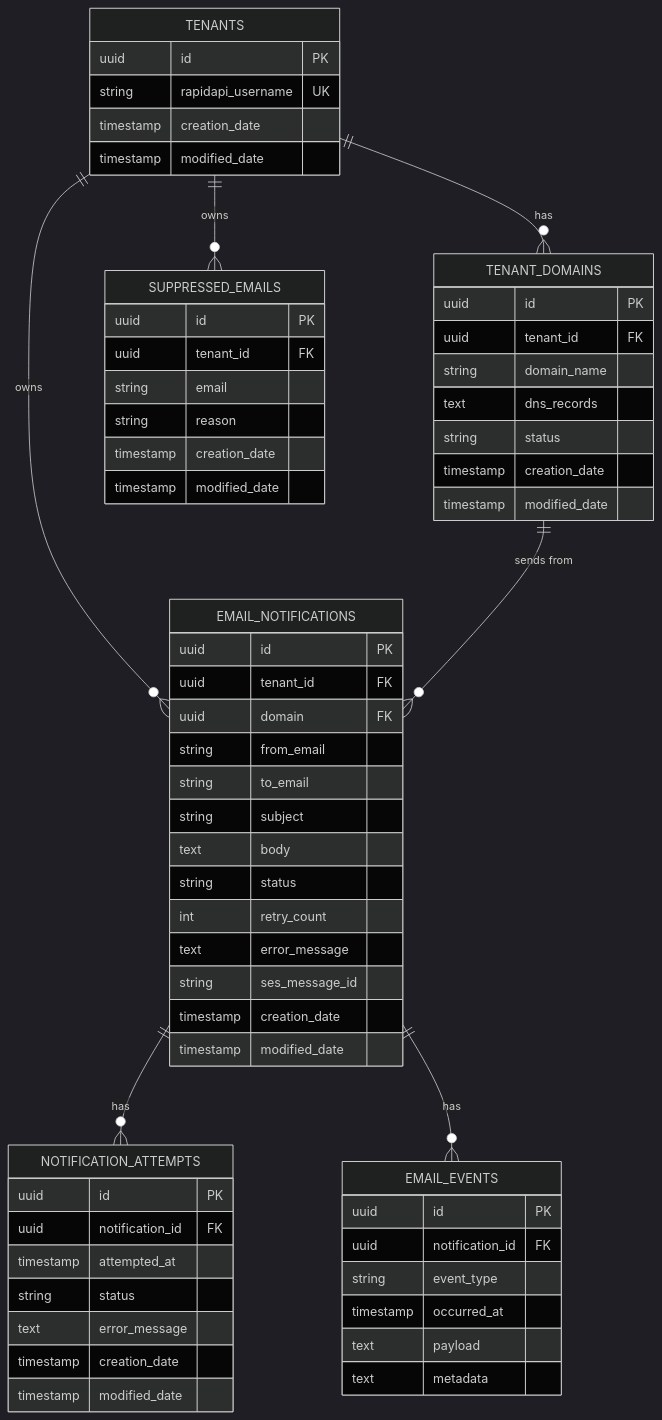
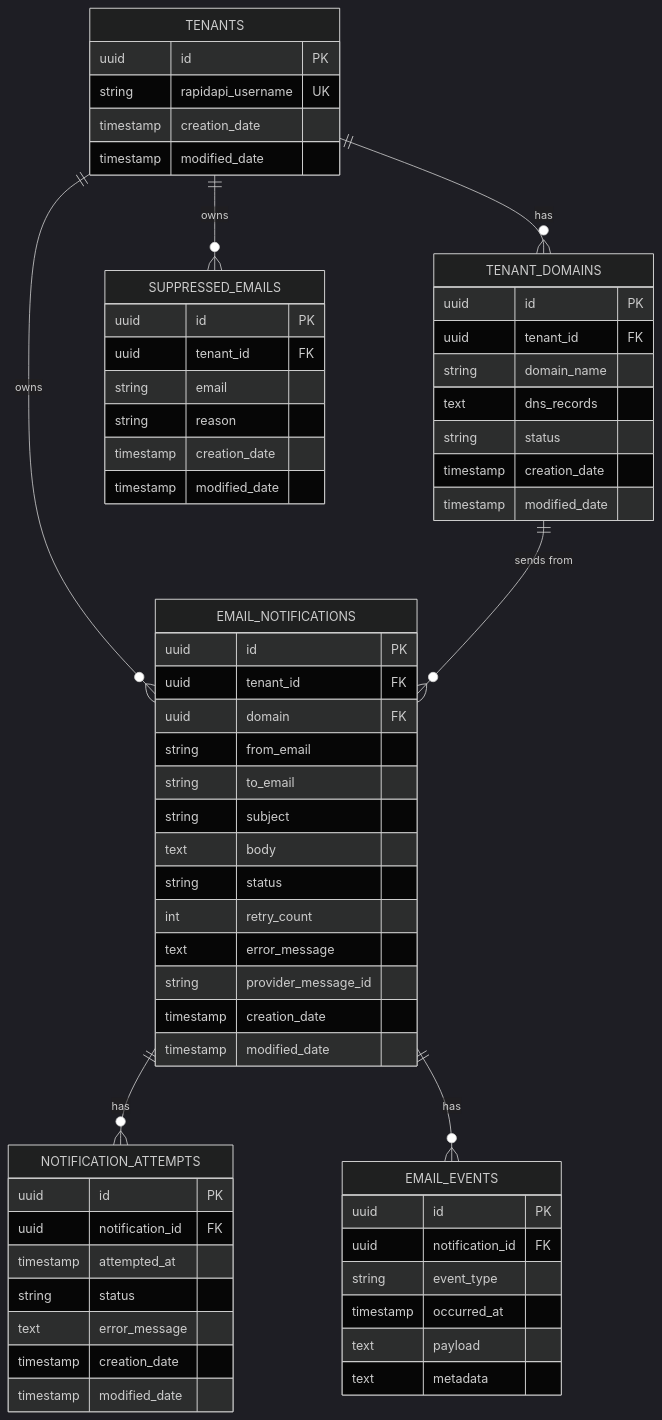
Before and after one commit to Kiranvora17/noticore-api: the eighth of 9 diagrams in README.md, drawn with Mermaid (dark theme). The commit also changed other lines of this file, not shown here.

````diff
--- a/README.md
+++ b/README.md
@@ -295,65 +313,65 @@
 ```mermaid
 erDiagram
     TENANTS ||--o{ TENANT_DOMAINS : has
     TENANTS ||--o{ EMAIL_NOTIFICATIONS : owns
     TENANTS ||--o{ SUPPRESSED_EMAILS : owns
     TENANT_DOMAINS ||--o{ EMAIL_NOTIFICATIONS : "sends from"
     EMAIL_NOTIFICATIONS ||--o{ NOTIFICATION_ATTEMPTS : has
     EMAIL_NOTIFICATIONS ||--o{ EMAIL_EVENTS : has
 
     TENANTS {
         uuid id PK
         string rapidapi_username UK
         timestamp creation_date
         timestamp modified_date
     }
     TENANT_DOMAINS {
         uuid id PK
         uuid tenant_id FK
         string domain_name
         text dns_records
         string status
         timestamp creation_date
         timestamp modified_date
     }
     EMAIL_NOTIFICATIONS {
         uuid id PK
         uuid tenant_id FK
         uuid domain FK
         string from_email
         string to_email
         string subject
         text body
         string status
         int retry_count
         text error_message
-        string ses_message_id
+        string provider_message_id
         timestamp creation_date
         timestamp modified_date
     }
     NOTIFICATION_ATTEMPTS {
         uuid id PK
         uuid notification_id FK
         timestamp attempted_at
         string status
         text error_message
         timestamp creation_date
         timestamp modified_date
     }
     EMAIL_EVENTS {
         uuid id PK
         uuid notification_id FK
         string event_type
         timestamp occurred_at
         text payload
         text metadata
     }
     SUPPRESSED_EMAILS {
         uuid id PK
         uuid tenant_id FK
         string email
         string reason
         timestamp creation_date
         timestamp modified_date
     }
 ```
````
